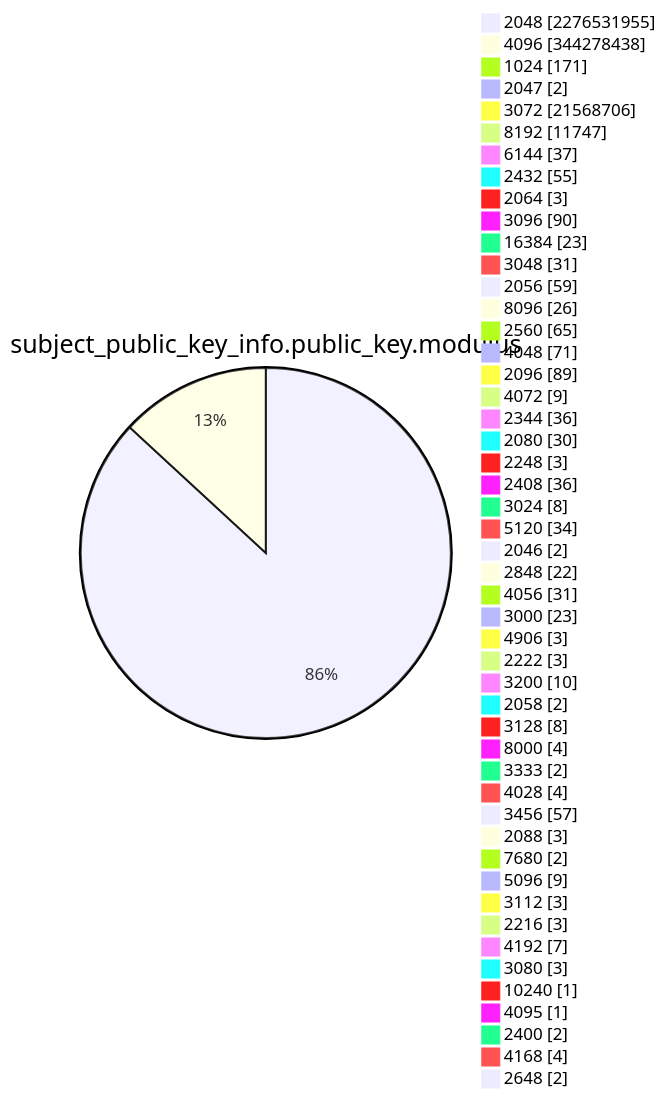
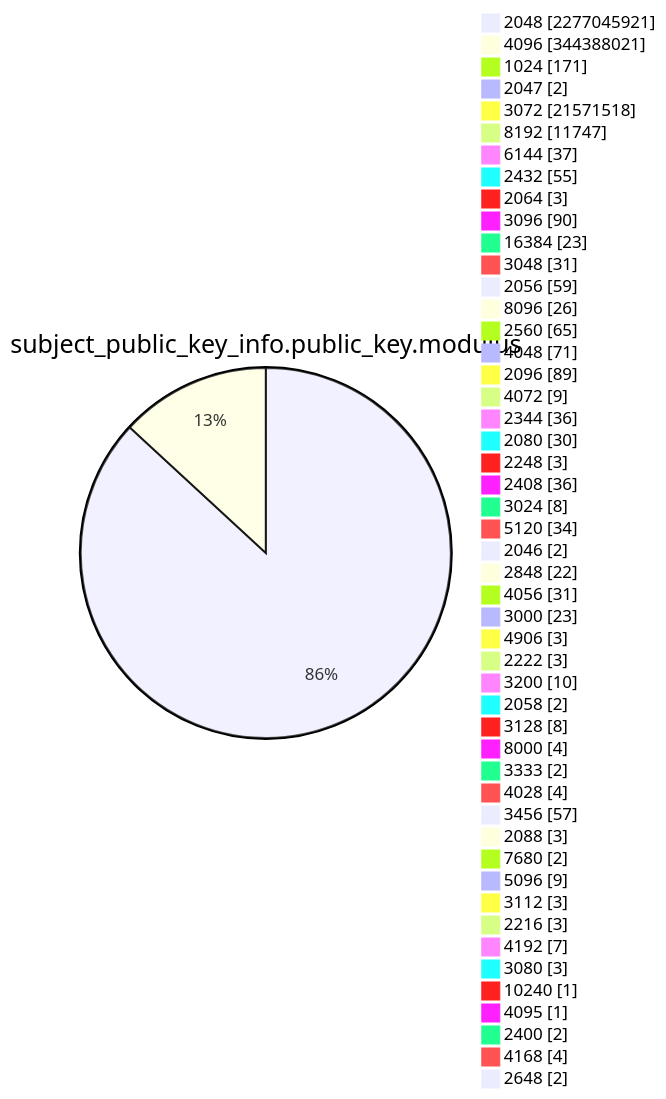
Before and after one commit to christiankrug/ctmonitor_visualization: diagram 13 of 15 in TOTAL/README.md, drawn with Mermaid. The commit also changed other lines of this file, not shown here.

````diff
--- a/TOTAL/README.md
+++ b/TOTAL/README.md
@@ -4165,53 +4165,53 @@
 ```mermaid
 pie showData
 title subject_public_key_info.public_key.modulus
-"2048" :2276531955
-"4096" :344278438
+"2048" :2277045921
+"4096" :344388021
 "1024" :171
 "2047" :2
-"3072" :21568706
+"3072" :21571518
 "8192" :11747
 "6144" :37
 "2432" :55
 "2064" :3
 "3096" :90
 "16384" :23
 "3048" :31
 "2056" :59
 "8096" :26
 "2560" :65
 "4048" :71
 "2096" :89
 "4072" :9
 "2344" :36
 "2080" :30
 "2248" :3
 "2408" :36
 "3024" :8
 "5120" :34
 "2046" :2
 "2848" :22
 "4056" :31
 "3000" :23
 "4906" :3
 "2222" :3
 "3200" :10
 "2058" :2
 "3128" :8
 "8000" :4
 "3333" :2
 "4028" :4
 "3456" :57
 "2088" :3
 "7680" :2
 "5096" :9
 "3112" :3
 "2216" :3
 "4192" :7
 "3080" :3
 "10240" :1
 "4095" :1
 "2400" :2
 "4168" :4
 "2648" :2
 ```
````
